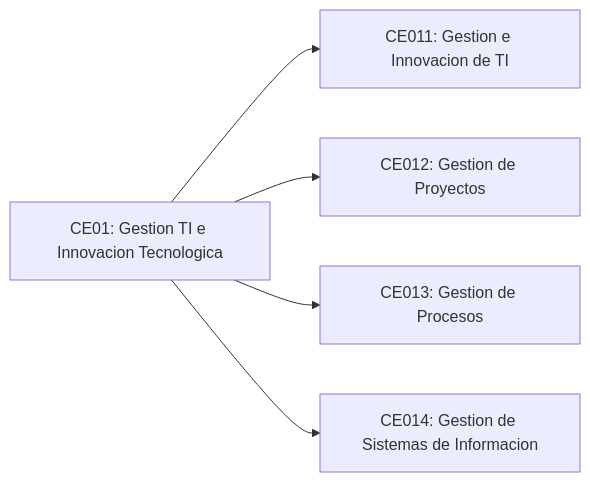
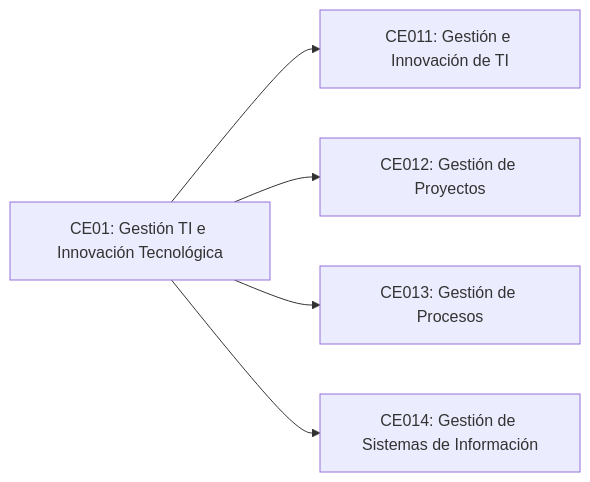
The diagram in docs/lineas/gestion/index.md (upeuoficial/planb), drawn with Mermaid before and after one commit. The commit also changed other lines of this file and 16 other files, not shown here.

````diff
--- a/docs/lineas/gestion/index.md
+++ b/docs/lineas/gestion/index.md
@@ -27,7 +33,7 @@
 ```mermaid
 flowchart LR
-  CE01[CE01: Gestion TI e Innovacion Tecnologica] --> CE011[CE011: Gestion e Innovacion de TI]
-  CE01 --> CE012[CE012: Gestion de Proyectos]
-  CE01 --> CE013[CE013: Gestion de Procesos]
-  CE01 --> CE014[CE014: Gestion de Sistemas de Informacion]
+  CE01[CE01: Gestión TI e Innovación Tecnológica] --> CE011[CE011: Gestión e Innovación de TI]
+  CE01 --> CE012[CE012: Gestión de Proyectos]
+  CE01 --> CE013[CE013: Gestión de Procesos]
+  CE01 --> CE014[CE014: Gestión de Sistemas de Información]
 ```
````
